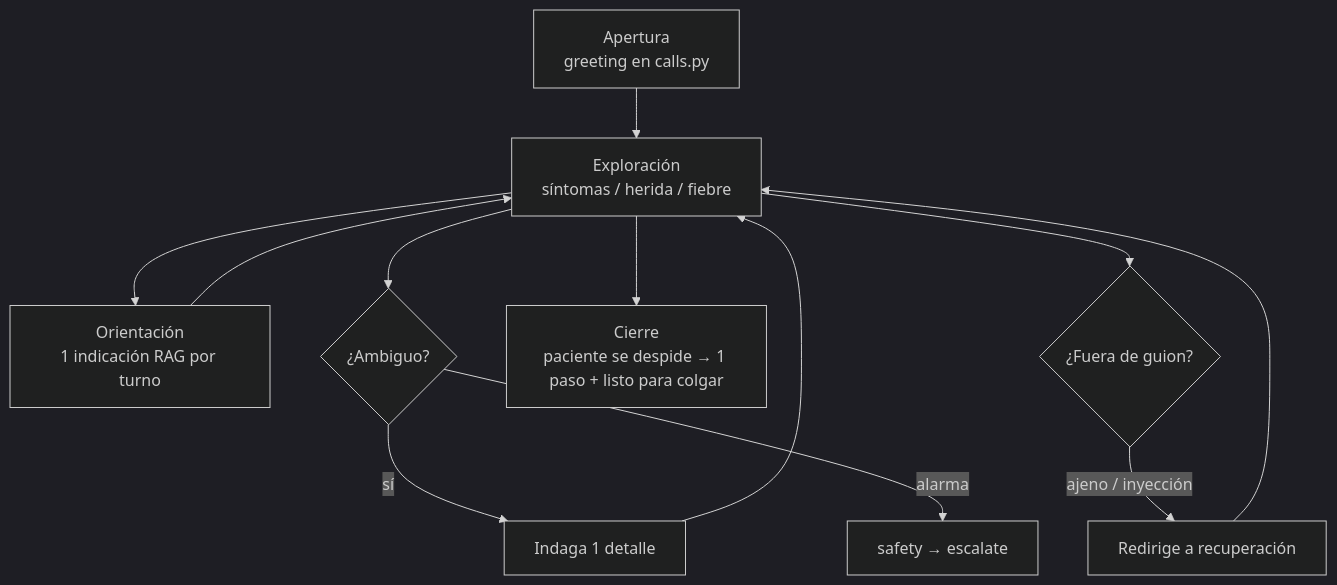
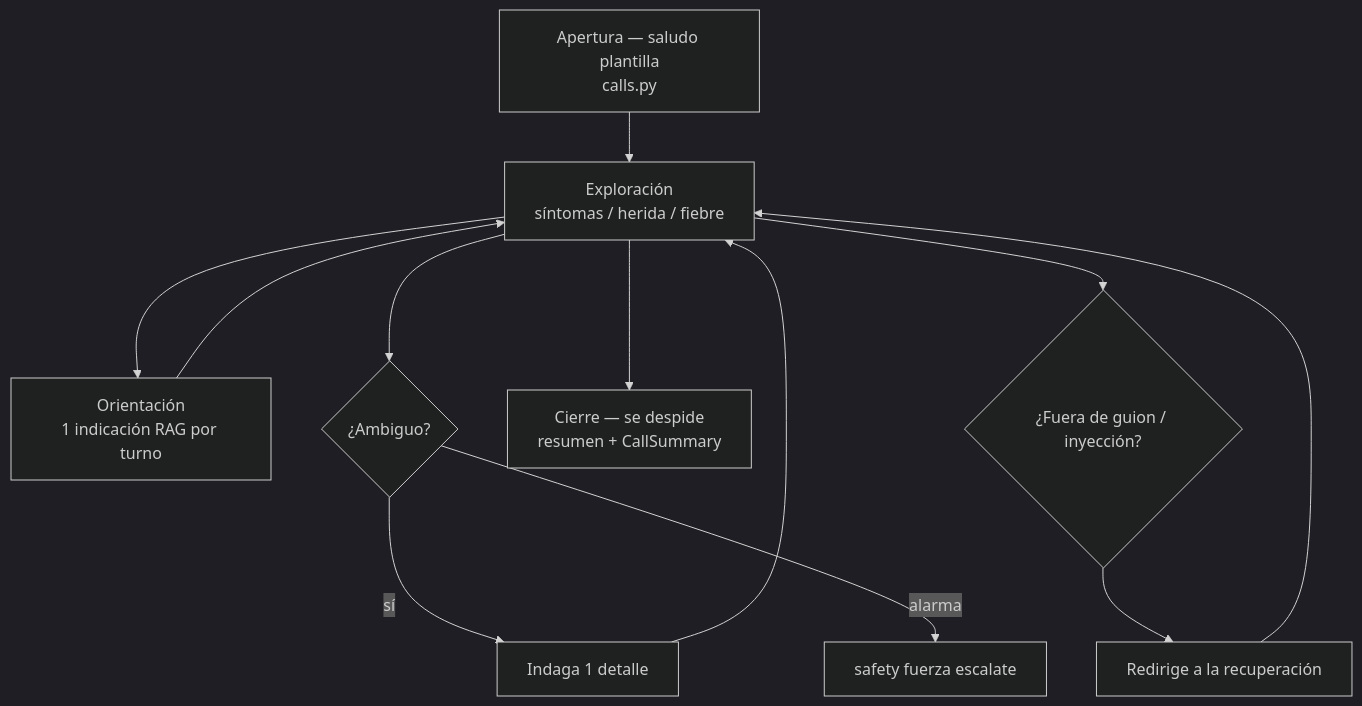
One commit to jfernand196/tech-sphere-voice-agent changed the sixth of 6 diagrams in ARCHITECTURE.md. Above: the diagram before and after it, drawn with Mermaid (dark theme). The commit also changed other lines of this file, not shown here.

Commit message:
Rewrite architecture doc so a jury can audit boxes against code.

````diff
--- a/ARCHITECTURE.md
+++ b/ARCHITECTURE.md
@@ -177,14 +225,14 @@
 ```mermaid
 flowchart TD
-  Open["Apertura<br/>greeting en calls.py"] --> Explore["Exploración<br/>síntomas / herida / fiebre"]
+  Open["Apertura — saludo plantilla<br/>calls.py"] --> Explore["Exploración<br/>síntomas / herida / fiebre"]
   Explore --> Orient["Orientación<br/>1 indicación RAG por turno"]
   Orient --> Explore
   Explore --> Amb{"¿Ambiguo?"}
   Amb -->|sí| Ask["Indaga 1 detalle"]
   Ask --> Explore
-  Amb -->|alarma| Esc["safety → escalate"]
-  Explore --> Close["Cierre<br/>paciente se despide → 1 paso + listo para colgar"]
-  Explore --> Off{"¿Fuera de guion?"}
-  Off -->|ajeno / inyección| Redir["Redirige a recuperación"]
+  Amb -->|alarma| Esc["safety fuerza escalate"]
+  Explore --> Close["Cierre — se despide<br/>resumen + CallSummary"]
+  Explore --> Off{"¿Fuera de guion / inyección?"}
+  Off --> Redir["Redirige a la recuperación"]
   Redir --> Explore
 ```
````
